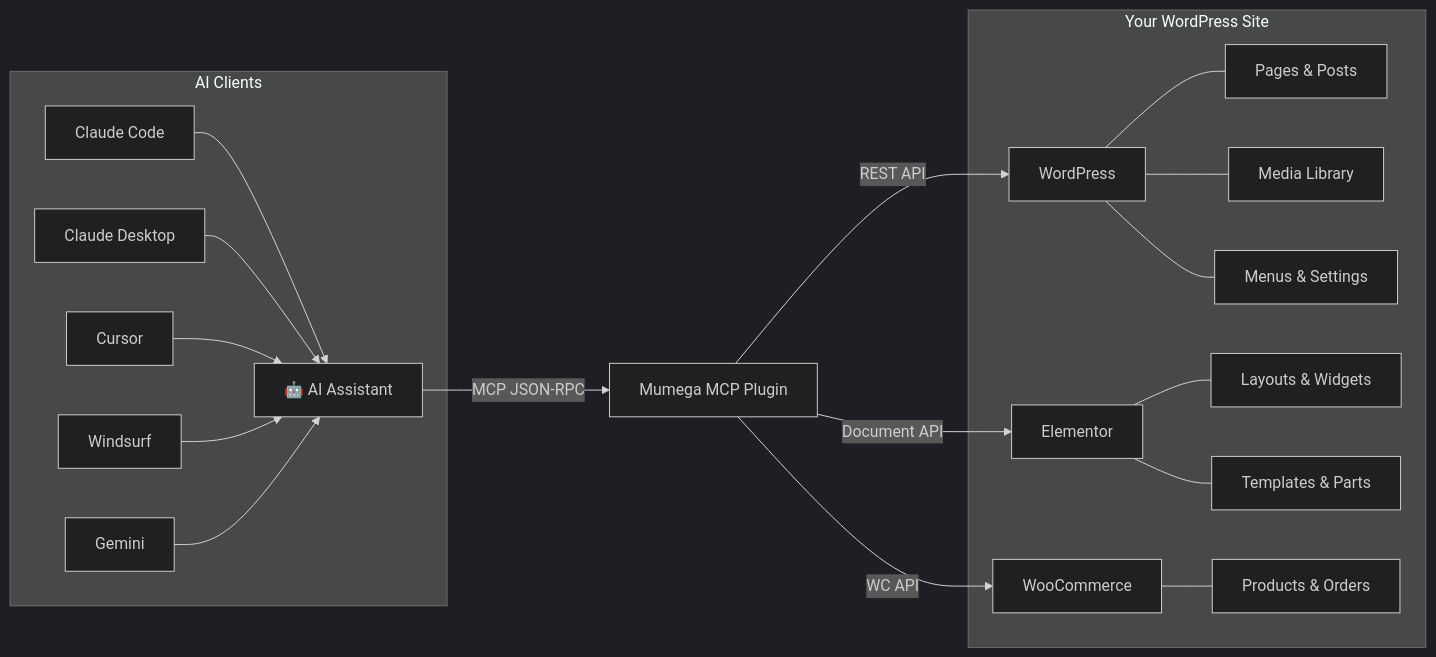
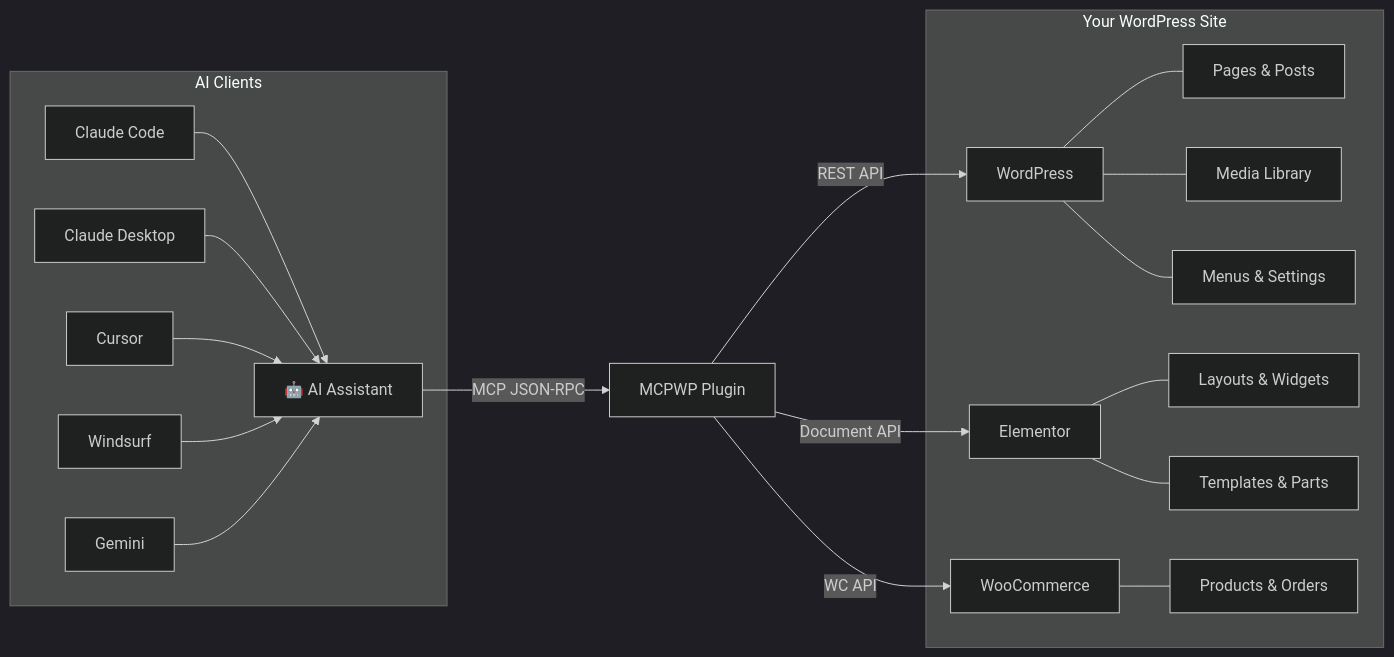
One commit to Mumega-com/mcpwp changed the first of 2 diagrams in README.md. Above: the diagram before and after it, drawn with Mermaid (dark theme). The commit also changed other lines of this file and 86 other files, not shown here.

````diff
--- a/README.md
+++ b/README.md
@@ -49,24 +49,24 @@
 ```mermaid
 graph LR
-    A[🤖 AI Assistant] -->|MCP JSON-RPC| B[Mumega MCP Plugin]
+    A[🤖 AI Assistant] -->|MCP JSON-RPC| B[MCPWP Plugin]
     B -->|REST API| C[WordPress]
     B -->|Document API| D[Elementor]
     B -->|WC API| E[WooCommerce]
     
     subgraph "Your WordPress Site"
         C --- F[Pages & Posts]
         C --- G[Media Library]
         C --- H[Menus & Settings]
         D --- I[Layouts & Widgets]
         D --- J[Templates & Parts]
         E --- K[Products & Orders]
     end
     
     subgraph "AI Clients"
         L[Claude Code] --> A
         M[Claude Desktop] --> A
         N[Cursor] --> A
         O[Windsurf] --> A
         P[Gemini] --> A
     end
 ```
````
